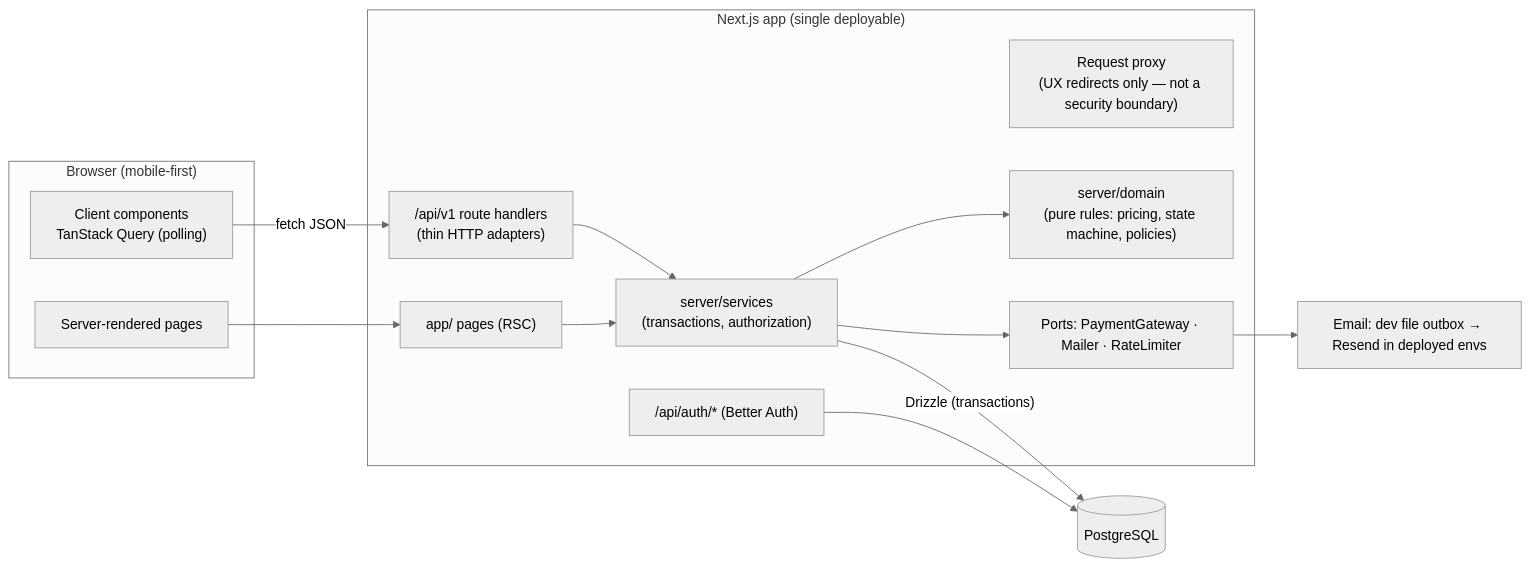
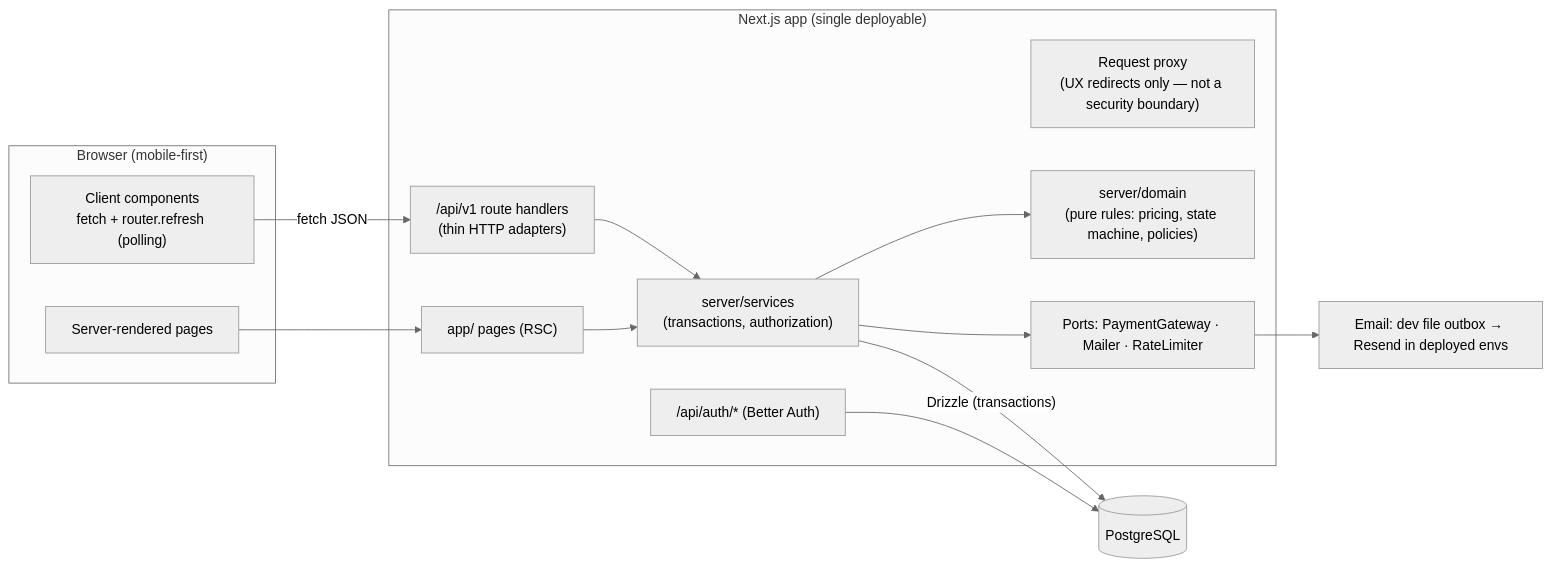
Before and after one commit to Emman0-21/CoogCrave: the first of 2 diagrams in docs/ARCHITECTURE.md, drawn with Mermaid (neutral theme). The commit also changed other lines of this file and 7 other files, not shown here.

First line of the commit message:
docs: Phase 4 API contract, architecture decisions, threat status, tests, and review log

````diff
--- a/docs/ARCHITECTURE.md
+++ b/docs/ARCHITECTURE.md
@@ -57,28 +57,28 @@
 ```mermaid
 flowchart LR
   subgraph Browser["Browser (mobile-first)"]
     RSC["Server-rendered pages"]
-    CC["Client components<br/>TanStack Query (polling)"]
+    CC["Client components<br/>fetch + router.refresh (polling)"]
   end
   subgraph Next["Next.js app (single deployable)"]
     Proxy["Request proxy<br/>(UX redirects only — not a security boundary)"]
     Pages["app/ pages (RSC)"]
     API["/api/v1 route handlers<br/>(thin HTTP adapters)"]
     AuthH["/api/auth/* (Better Auth)"]
     Svc["server/services<br/>(transactions, authorization)"]
     Dom["server/domain<br/>(pure rules: pricing, state machine, policies)"]
     Ports["Ports: PaymentGateway · Mailer · RateLimiter"]
   end
   DB[("PostgreSQL")]
   Mail["Email: dev file outbox → Resend in deployed envs"]
 
   CC -- "fetch JSON" --> API
   RSC --> Pages
   Pages --> Svc
   API --> Svc
   AuthH --> DB
   Svc --> Dom
   Svc --> Ports
   Svc -- "Drizzle (transactions)" --> DB
   Ports --> Mail
 ```
````
